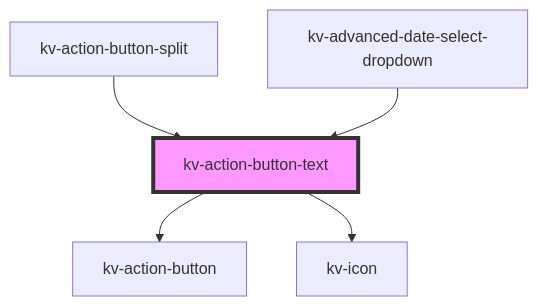
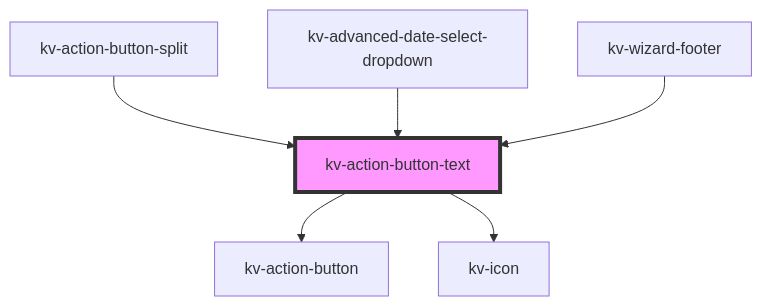
One commit to kelvininc/ui-components changed the diagram in packages/ui-components/src/components/action-button-text/readme.md. Above: the diagram before and after it, drawn with Mermaid. The commit also changed other lines of this file and 43 other files, not shown here.

Commit message:
feat(wizard-footer): add component

````diff
--- a/packages/ui-components/src/components/action-button-text/readme.md
+++ b/packages/ui-components/src/components/action-button-text/readme.md
@@ -109,8 +110,9 @@
 ```mermaid
 graph TD;
   kv-action-button-text --> kv-action-button
   kv-action-button-text --> kv-icon
   kv-action-button-split --> kv-action-button-text
   kv-advanced-date-select-dropdown --> kv-action-button-text
+  kv-wizard-footer --> kv-action-button-text
   style kv-action-button-text fill:#f9f,stroke:#333,stroke-width:4px
 ```
````
